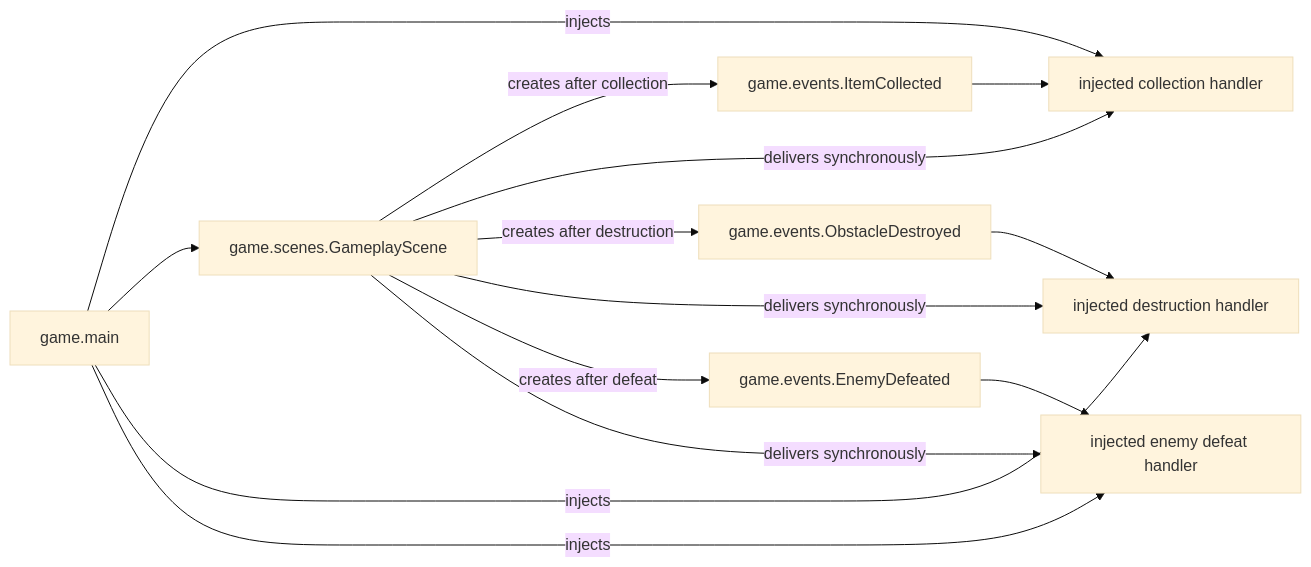
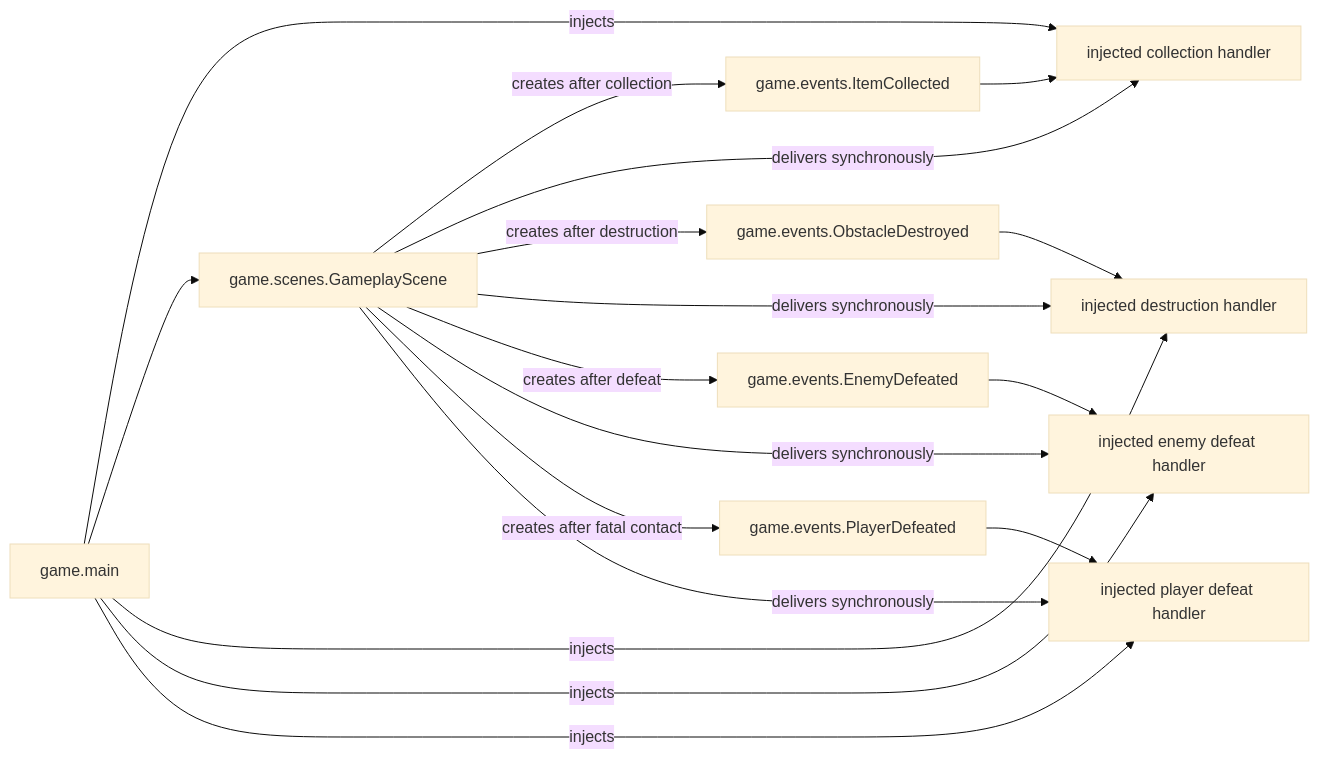
Before and after one commit to VincentMardon/my_first_adventure_game: the diagram in docs/architecture/events.md, drawn with Mermaid (base theme). The commit also changed other lines of this file and 19 other files, not shown here.

Commit message:
feat(gameplay): add player health and contact damage

````diff
--- a/docs/architecture/events.md
+++ b/docs/architecture/events.md
@@ -57,25 +64,31 @@
 ```mermaid
 flowchart LR
     GameMain["game.main"]
     GameplayScene["game.scenes.GameplayScene"]
     ItemCollected["game.events.ItemCollected"]
     ObstacleDestroyed["game.events.ObstacleDestroyed"]
     EnemyDefeated["game.events.EnemyDefeated"]
+    PlayerDefeated["game.events.PlayerDefeated"]
     Handler["injected collection handler"]
     DestructionHandler["injected destruction handler"]
     DefeatHandler["injected enemy defeat handler"]
+    PlayerDefeatHandler["injected player defeat handler"]
 
     GameMain -->|"injects"| Handler
     GameMain --> GameplayScene
     GameplayScene -->|"creates after collection"| ItemCollected
     GameplayScene -->|"delivers synchronously"| Handler
     ItemCollected --> Handler
     GameMain -->|"injects"| DestructionHandler
     GameplayScene -->|"creates after destruction"| ObstacleDestroyed
     GameplayScene -->|"delivers synchronously"| DestructionHandler
     ObstacleDestroyed --> DestructionHandler
     GameMain -->|"injects"| DefeatHandler
     GameplayScene -->|"creates after defeat"| EnemyDefeated
     GameplayScene -->|"delivers synchronously"| DefeatHandler
     EnemyDefeated --> DefeatHandler
+    GameMain -->|"injects"| PlayerDefeatHandler
+    GameplayScene -->|"creates after fatal contact"| PlayerDefeated
+    GameplayScene -->|"delivers synchronously"| PlayerDefeatHandler
+    PlayerDefeated --> PlayerDefeatHandler
 ```
````
